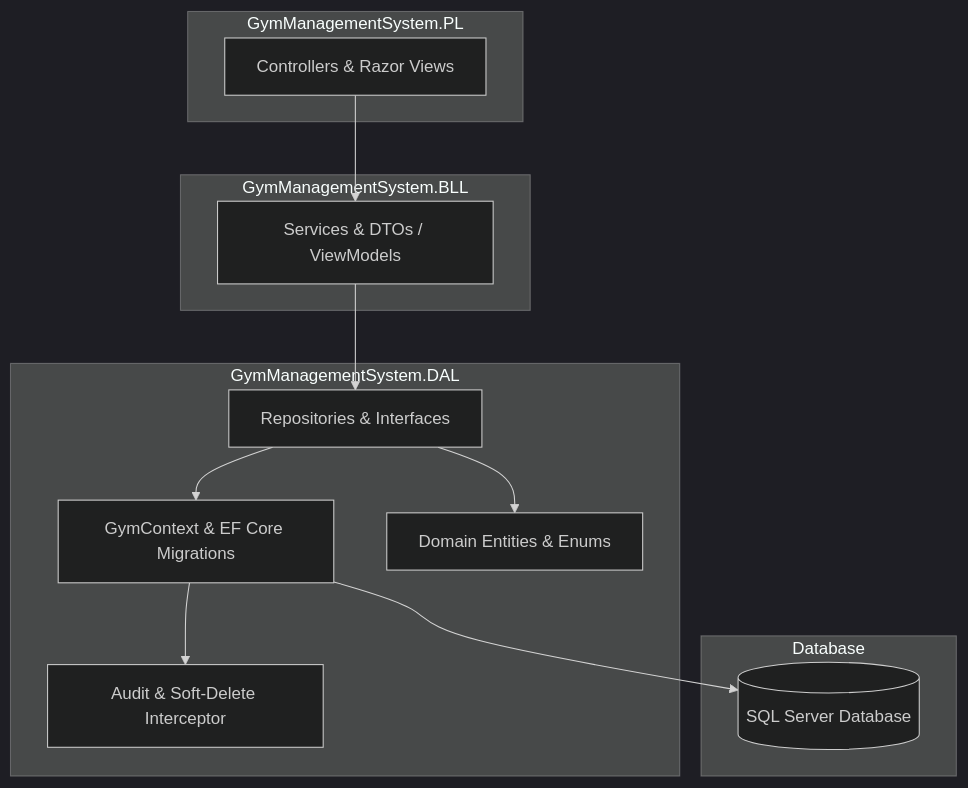
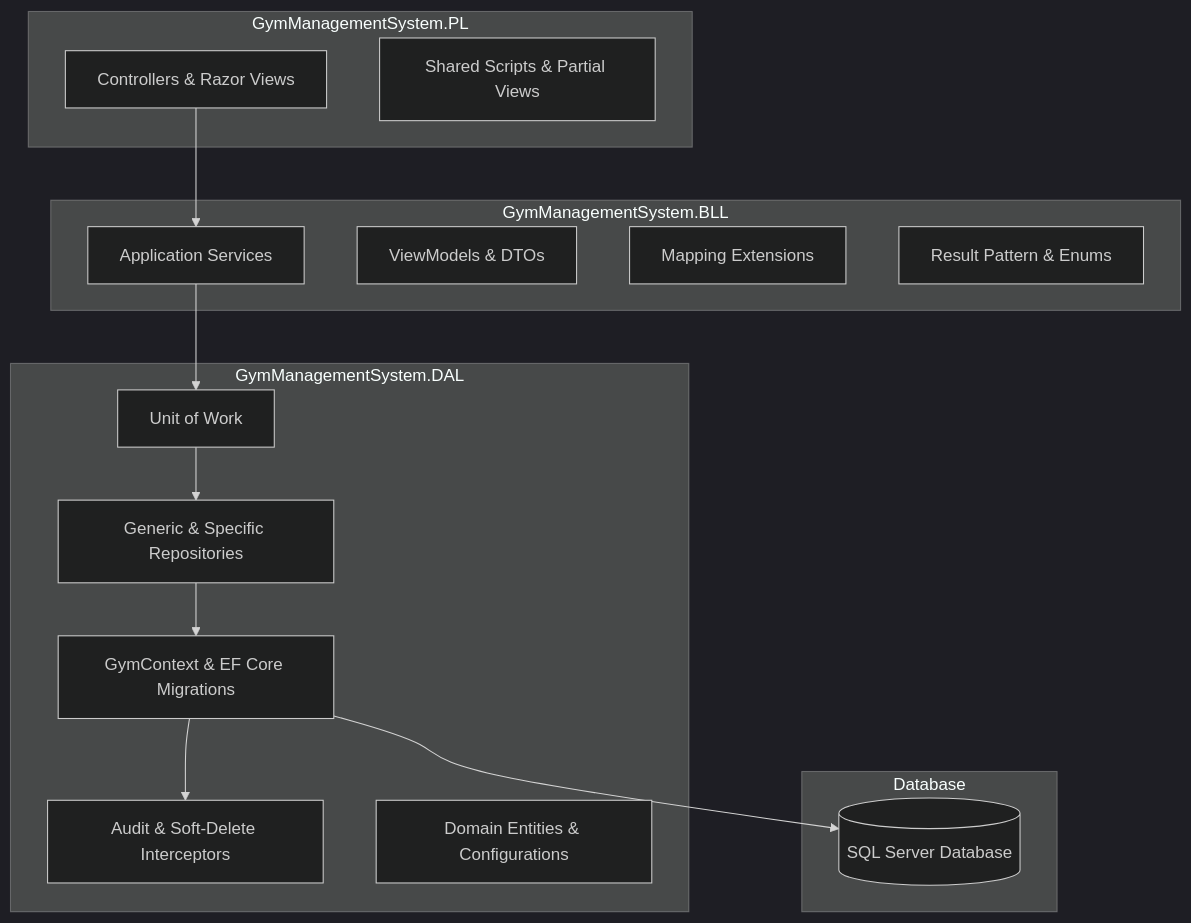
Before and after one commit to Mary-Raafat/GymManagementSystemMVC: the diagram in README.md, drawn with Mermaid (dark theme). The commit also changed other lines of this file and 8 other files, not shown here.

````diff
--- a/README.md
+++ b/README.md
@@ -51,28 +47,33 @@
 ```mermaid
 graph TD
     subgraph Presentation Layer [GymManagementSystem.PL]
         PL_Controllers[Controllers & Razor Views]
+        PL_Partials[Shared Scripts & Partial Views]
     end
 
     subgraph Business Logic Layer [GymManagementSystem.BLL]
-        BLL_Services[Services & DTOs / ViewModels]
+        BLL_Services[Application Services]
+        BLL_ViewModels[ViewModels & DTOs]
+        BLL_Mapping[Mapping Extensions]
+        BLL_Common[Result Pattern & Enums]
     end
 
     subgraph Data Access Layer [GymManagementSystem.DAL]
-        DAL_Repos[Repositories & Interfaces]
-        DAL_Interceptors[Audit & Soft-Delete Interceptor]
+        DAL_UOW[Unit of Work]
+        DAL_Repos[Generic & Specific Repositories]
+        DAL_Interceptors[Audit & Soft-Delete Interceptors]
         DAL_Context[GymContext & EF Core Migrations]
-        DAL_Models[Domain Entities & Enums]
+        DAL_Models[Domain Entities & Configurations]
     end
 
     subgraph Database
         DB[(SQL Server Database)]
     end
 
     PL_Controllers --> BLL_Services
-    BLL_Services --> DAL_Repos
+    BLL_Services --> DAL_UOW
+    DAL_UOW --> DAL_Repos
     DAL_Repos --> DAL_Context
     DAL_Context --> DAL_Interceptors
     DAL_Context --> DB
-    DAL_Repos --> DAL_Models
 ```
````
